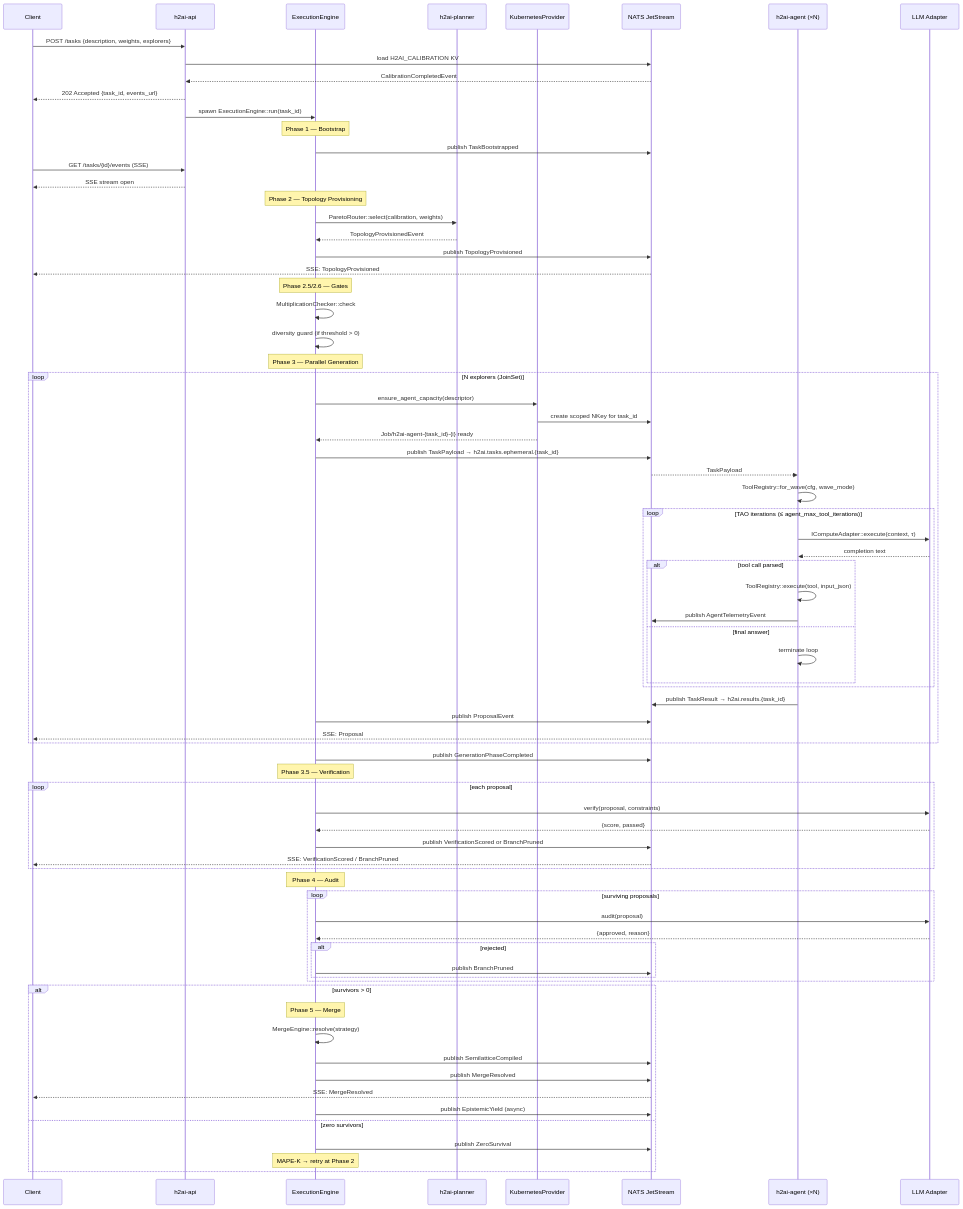
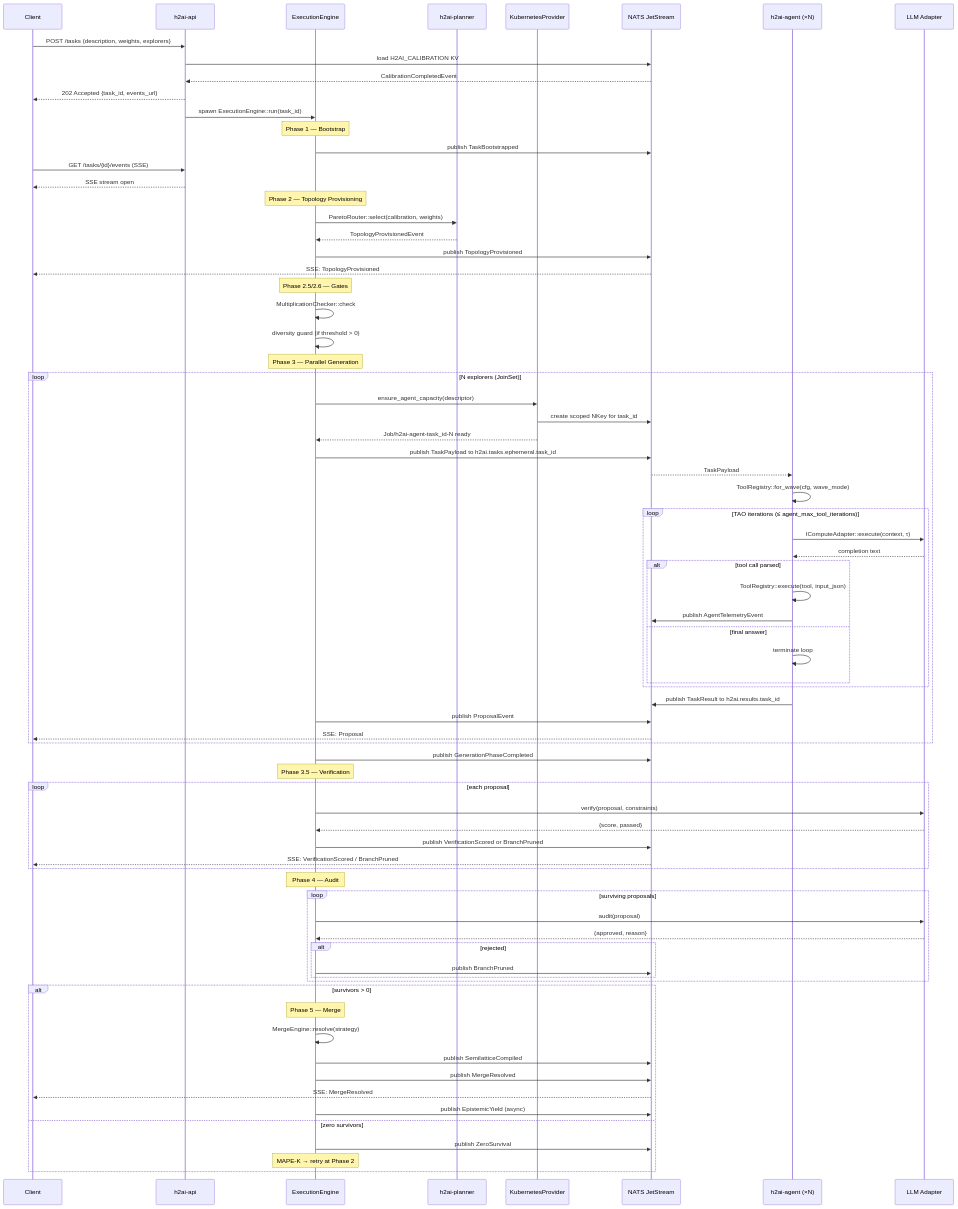
The fifth of 16 diagrams in docs/architecture/architecture.md (immediatus/h2ai-control-plane), drawn with Mermaid before and after one commit. The commit also changed other lines of this file and 3 other files, not shown here.

```diff
--- a/docs/architecture/architecture.md
+++ b/docs/architecture/architecture.md
@@ -213,8 +215,8 @@
     loop N explorers (JoinSet)
         Orch->>Prov: ensure_agent_capacity(descriptor)
         Prov->>NATS: create scoped NKey for task_id
-        Prov-->>Orch: Job/h2ai-agent-{task_id}-{i} ready
-        Orch->>NATS: publish TaskPayload → h2ai.tasks.ephemeral.{task_id}
+        Prov-->>Orch: Job/h2ai-agent-task_id-N ready
+        Orch->>NATS: publish TaskPayload to h2ai.tasks.ephemeral.task_id
         NATS-->>Agent: TaskPayload
         Agent->>Agent: ToolRegistry::for_wave(cfg, wave_mode)
         loop TAO iterations (≤ agent_max_tool_iterations)
@@ -227,7 +229,7 @@
                 Agent->>Agent: terminate loop
             end
         end
-        Agent->>NATS: publish TaskResult → h2ai.results.{task_id}
+        Agent->>NATS: publish TaskResult to h2ai.results.task_id
         Orch->>NATS: publish ProposalEvent
         NATS-->>C: SSE: Proposal
     end
```
